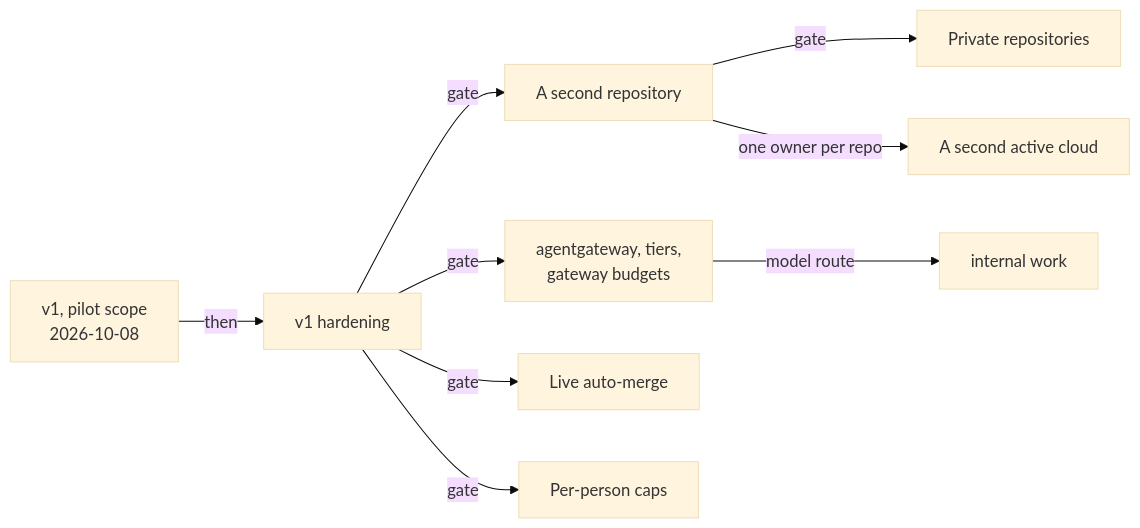
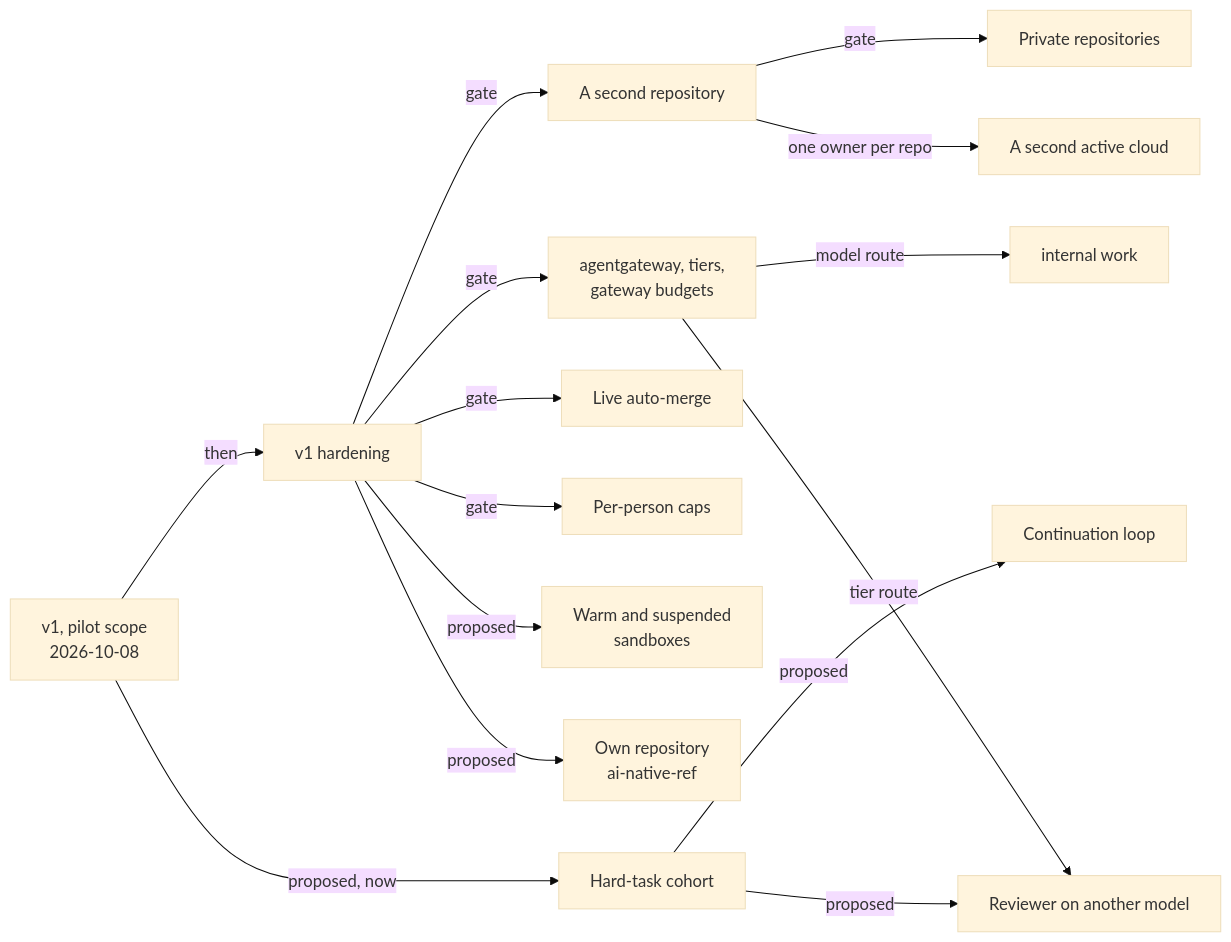
Before and after one commit to Smana/cloud-native-ref: the diagram in website/content/docs/platform/ai-platform/status.md, drawn with Mermaid (base theme). The commit also changed other lines of this file and 6 other files, not shown here.

````diff
--- a/website/content/docs/platform/ai-platform/status.md
+++ b/website/content/docs/platform/ai-platform/status.md
@@ -229,11 +239,17 @@
 ```mermaid
 flowchart LR
   v1["v1, pilot scope<br/>2026-10-08"] -->|then| hard["v1 hardening"]
   hard -->|gate| repo["A second repository"]
   repo -->|gate| priv["Private repositories"]
   hard -->|gate| gw["agentgateway, tiers,<br/>gateway budgets"]
   gw -->|model route| internal["internal work"]
   hard -->|gate| merge["Live auto-merge"]
   hard -->|gate| caps["Per-person caps"]
   repo -->|one owner per repo| cloud["A second active cloud"]
+  v1 -->|proposed, now| cohort["Hard-task cohort"]
+  cohort -->|proposed| loop["Continuation loop"]
+  cohort -->|proposed| rev["Reviewer on another model"]
+  gw -->|tier route| rev
+  hard -->|proposed| warm["Warm and suspended<br/>sandboxes"]
+  hard -->|proposed| split["Own repository<br/>ai-native-ref"]
 ```
````
